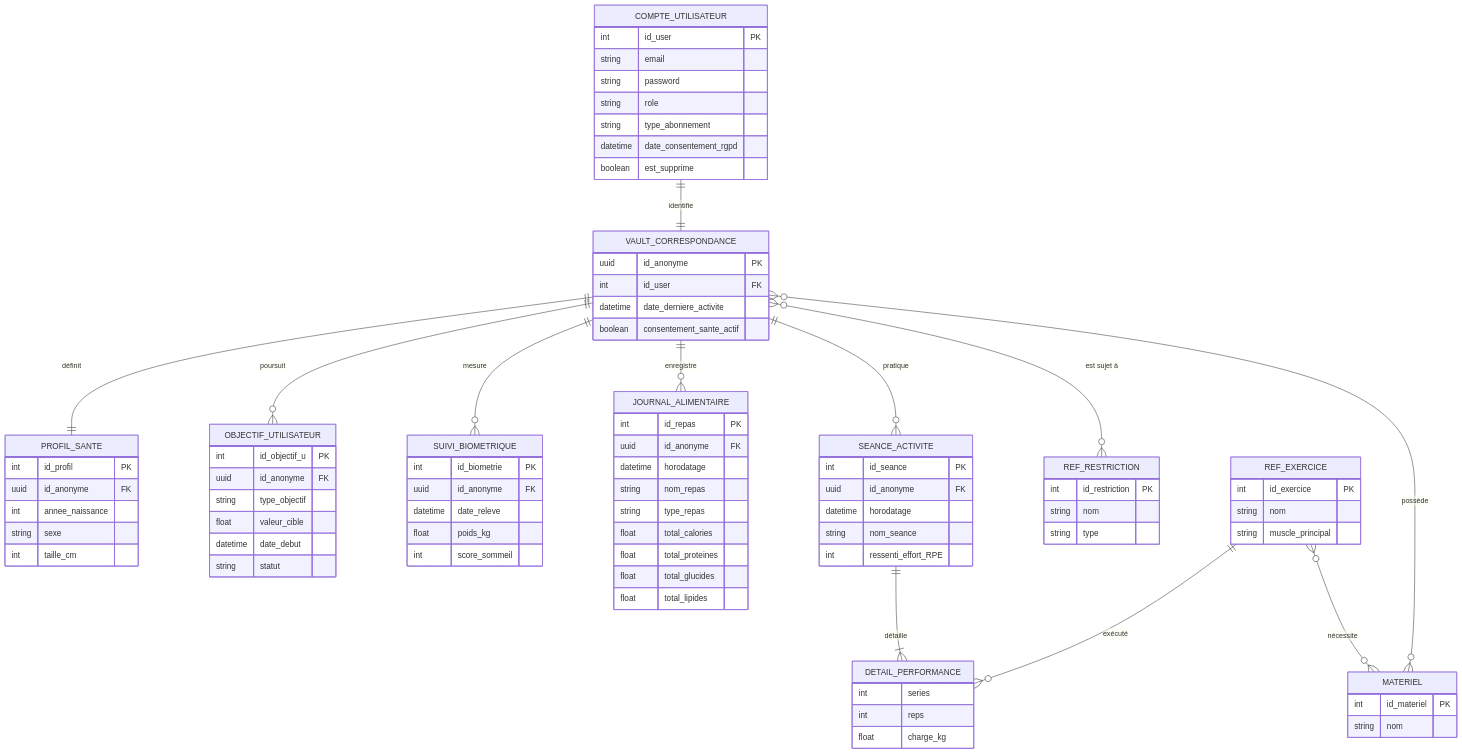
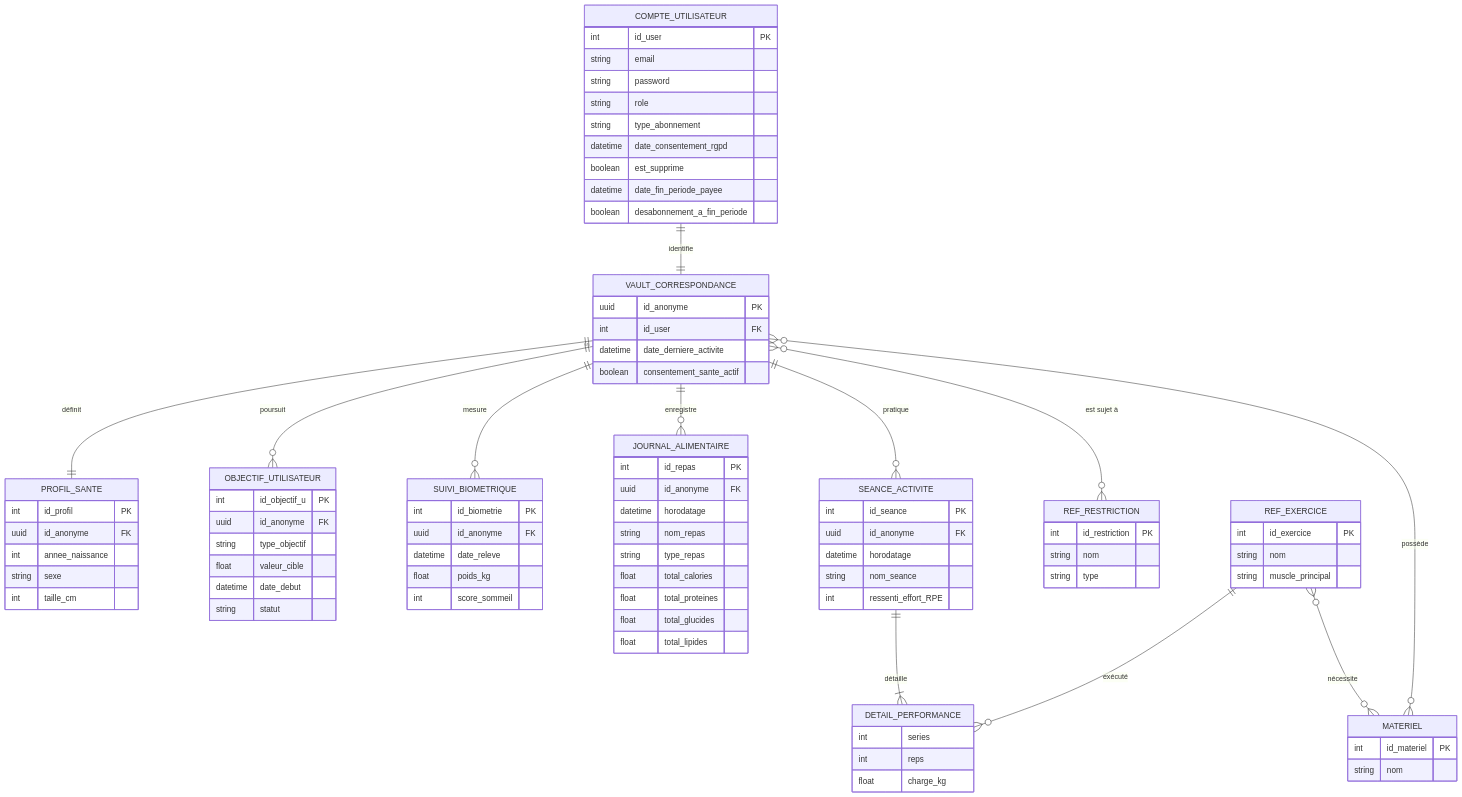
The diagram in README.md (Gwendal-Ferlin/MSPR502_BDD_Python), drawn with Mermaid before and after one commit. The commit also changed other lines of this file, not shown here.

```diff
--- a/README.md
+++ b/README.md
@@ -93,6 +100,8 @@
         string type_abonnement
         datetime date_consentement_rgpd
         boolean est_supprime
+        datetime date_fin_periode_payee
+        boolean desabonnement_a_fin_periode
     }
     VAULT_CORRESPONDANCE {
         uuid id_anonyme PK
```
